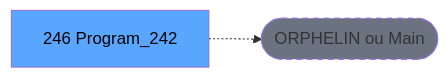
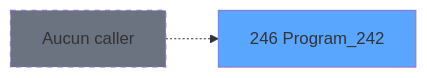
One commit to thonyAGP/magic-migration changed the second of 3 diagrams in .openspec/specs/ADH-IDE-246.md. Above: the diagram before and after it, drawn with Mermaid. The commit also changed other lines of this file and 493 other files, not shown here.

````diff
--- a/.openspec/specs/ADH-IDE-246.md
+++ b/.openspec/specs/ADH-IDE-246.md
@@ -121,8 +105,8 @@
 ```mermaid
 graph LR
-    T[246 Program_242]
-    ORPHAN([ORPHELIN ou Main])
-    T -.-> ORPHAN
-    style T fill:#58a6ff,color:#000
-    style ORPHAN fill:#6b7280,stroke-dasharray: 5 5
+    T246[246 Program_242]
+    style T246 fill:#58a6ff
+    NONE[Aucun caller]
+    NONE -.-> T246
+    style NONE fill:#6b7280,stroke-dasharray: 5 5
 ```
````
